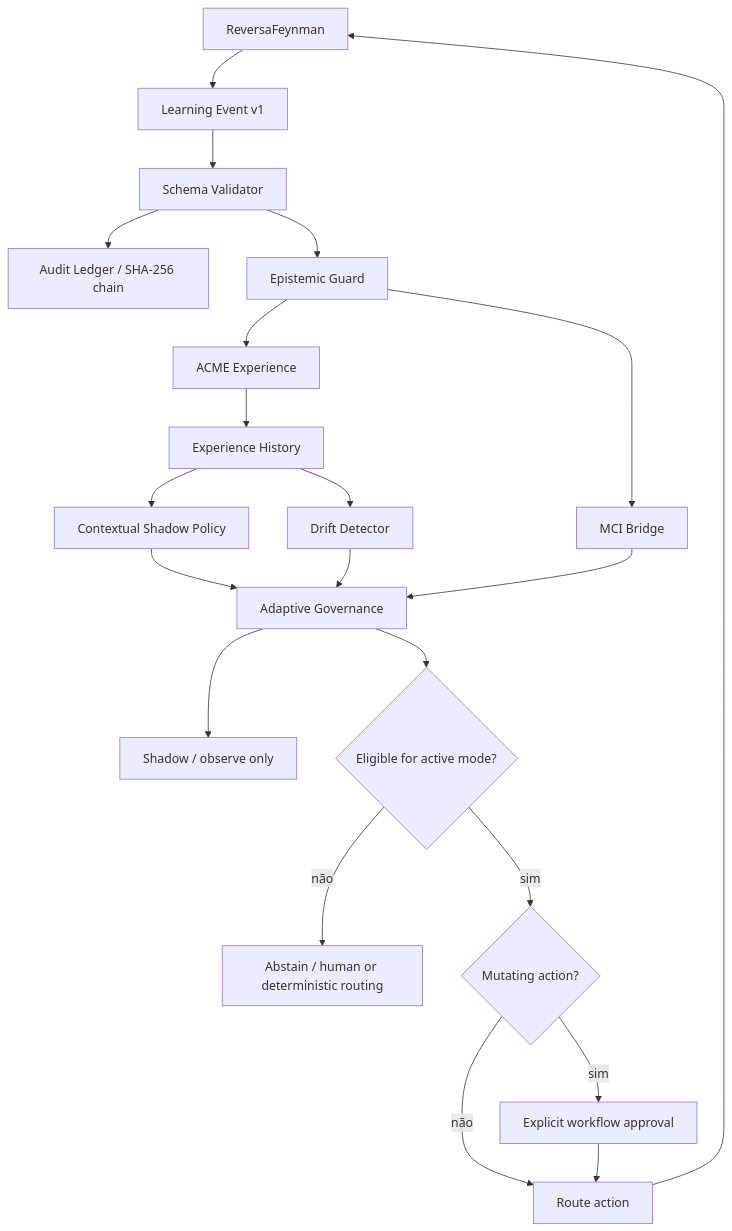
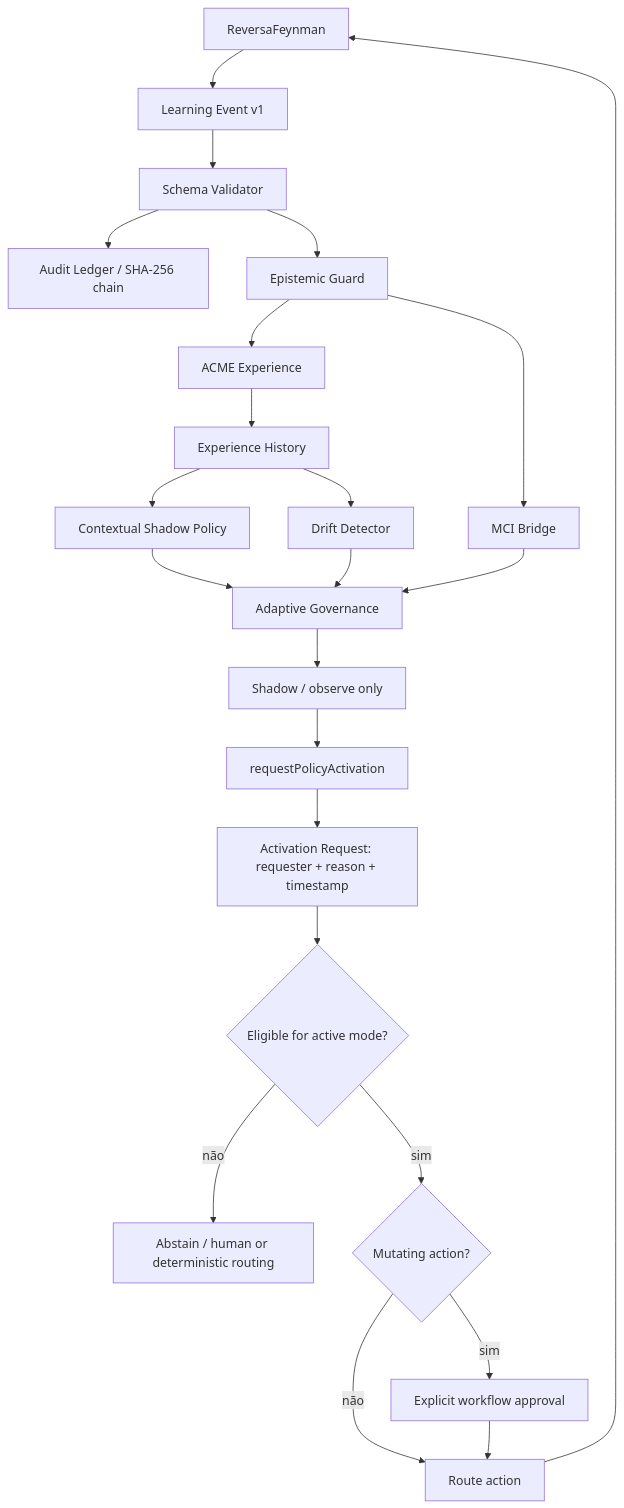
The diagram in specs/SPEC-ADAPTIVE-GOVERNANCE-V2.md (MarceloClaro/reversa), drawn with Mermaid before and after one commit. The commit also changed other lines of this file, not shown here.

````diff
--- a/specs/SPEC-ADAPTIVE-GOVERNANCE-V2.md
+++ b/specs/SPEC-ADAPTIVE-GOVERNANCE-V2.md
@@ -62,28 +75,30 @@
 ```mermaid
 flowchart TB
     RF["ReversaFeynman"] --> EV["Learning Event v1"]
     EV --> SV["Schema Validator"]
     SV --> LED["Audit Ledger / SHA-256 chain"]
     SV --> EG["Epistemic Guard"]
 
     EG --> MCI["MCI Bridge"]
     EG --> AC["ACME Experience"]
 
     AC --> HIST["Experience History"]
     HIST --> DR["Drift Detector"]
     HIST --> CP["Contextual Shadow Policy"]
 
     CP --> GOV["Adaptive Governance"]
     DR --> GOV
     MCI --> GOV
 
     GOV --> SHADOW["Shadow / observe only"]
-    GOV --> ACTIVE{"Eligible for active mode?"}
+    SHADOW --> REQ["requestPolicyActivation"]
+    REQ --> AR["Activation Request: requester + reason + timestamp"]
+    AR --> ACTIVE{"Eligible for active mode?"}
     ACTIVE -->|"não"| ABSTAIN["Abstain / human or deterministic routing"]
     ACTIVE -->|"sim"| APPROVAL{"Mutating action?"}
     APPROVAL -->|"sim"| HUMAN["Explicit workflow approval"]
     APPROVAL -->|"não"| ROUTE["Route action"]
     HUMAN --> ROUTE
 
     ROUTE --> RF
 ```
````
